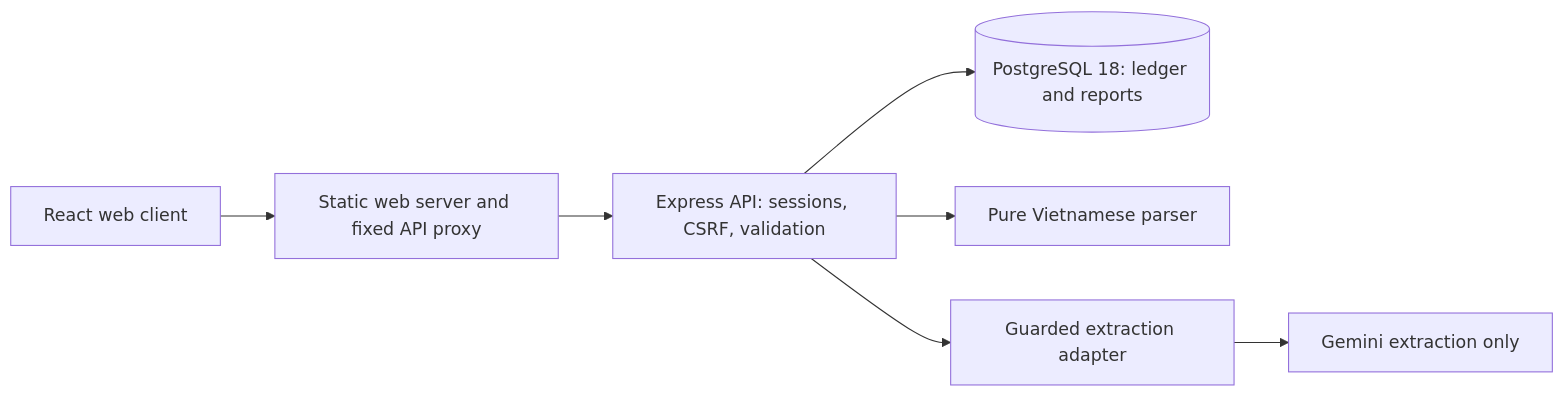
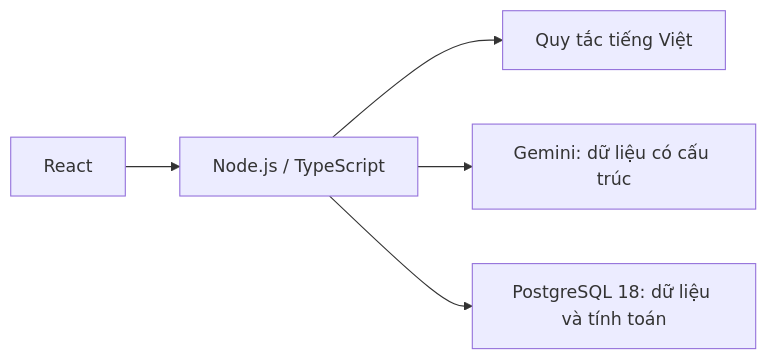
The diagram in README.md (Krezzy88/sochat), drawn with Mermaid before and after one commit. The commit also changed other lines of this file and 31 other files, not shown here.

````diff
--- a/README.md
+++ b/README.md
@@ -186,9 +27,7 @@
 ```mermaid
 flowchart LR
-  Browser[React web client] --> Web[Static web server and fixed API proxy]
-  Web --> API[Express API: sessions, CSRF, validation]
-  API --> DB[(PostgreSQL 18: ledger and reports)]
-  API --> Rules[Pure Vietnamese parser]
-  API --> Adapter[Guarded extraction adapter]
-  Adapter --> Gemini[Gemini extraction only]
+  UI[React] --> API[Node.js / TypeScript]
+  API --> Rules[Quy tắc tiếng Việt]
+  API --> Gemini[Gemini: dữ liệu có cấu trúc]
+  API --> PG[PostgreSQL 18: dữ liệu và tính toán]
 ```
````
